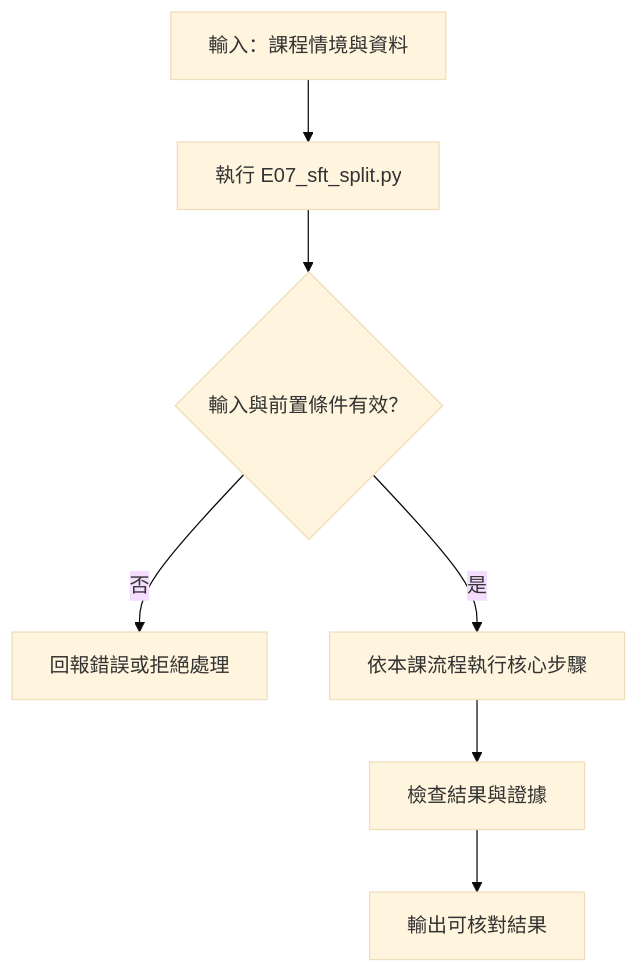
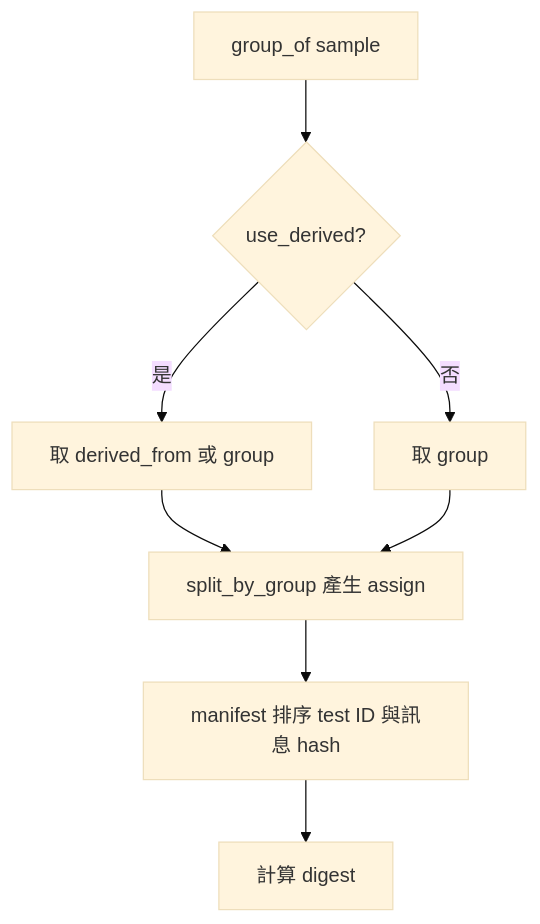
The fifth of 5 diagrams in 46-sft-split.md (4-learn/LLM-demo), drawn with Mermaid (base theme) before and after one commit. The commit also changed other lines of this file and 66 other files, not shown here.

Commit message:
[pm] docs: expand lesson diagrams and fix course mapping (#17)

````diff
--- a/46-sft-split.md
+++ b/46-sft-split.md
@@ -10,9 +100,10 @@
 ```mermaid
 flowchart TD
-    A[輸入：課程情境與資料] --> B[執行 E07_sft_split.py]
-    B --> C{輸入與前置條件有效？}
-    C -- 否 --> D[回報錯誤或拒絕處理]
-    C -- 是 --> E[依本課流程執行核心步驟]
-    E --> F[檢查結果與證據]
-    F --> G[輸出可核對結果]
+    A[group_of sample] --> B{use_derived?}
+    B -- 是 --> C[取 derived_from 或 group]
+    B -- 否 --> D[取 group]
+    C --> E[split_by_group 產生 assign]
+    D --> E
+    E --> F[manifest 排序 test ID 與訊息 hash]
+    F --> G[計算 digest]
 ```
````
